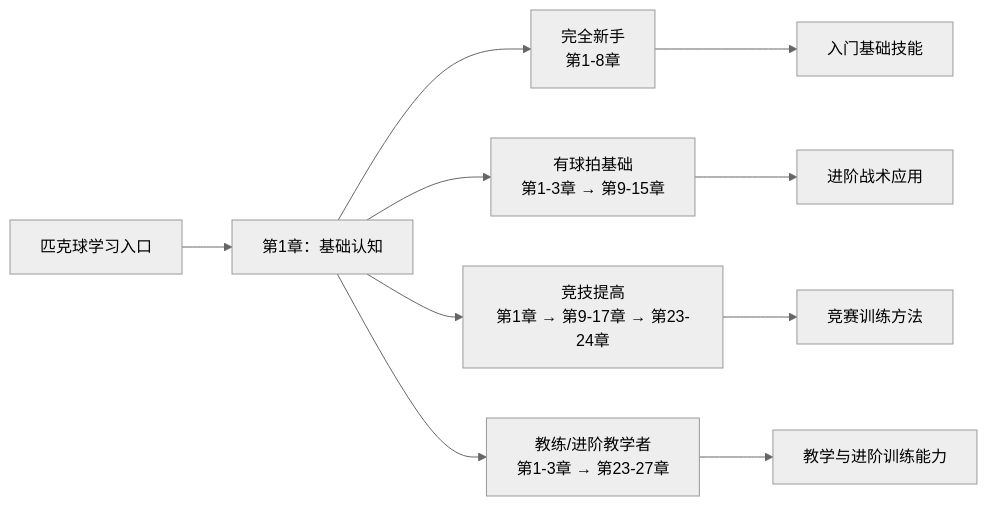
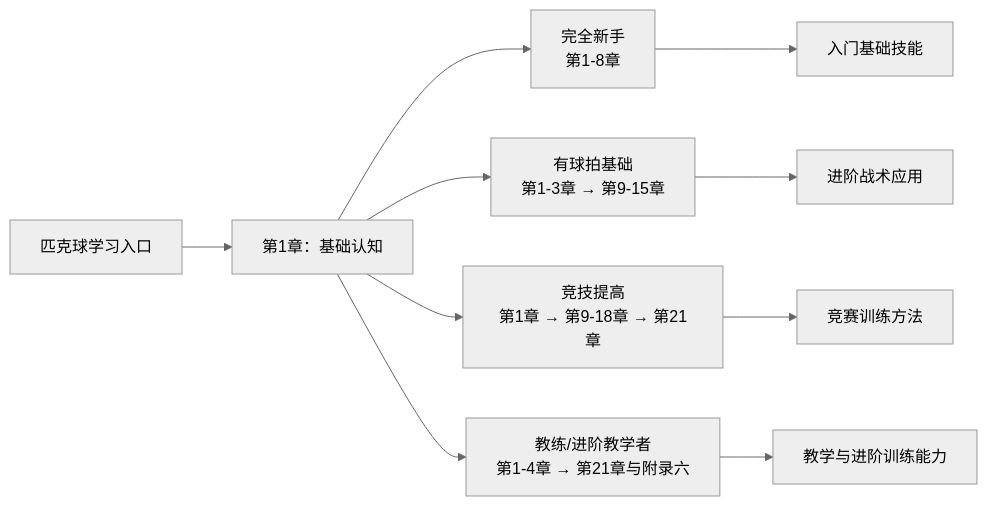
Before and after one commit to yeasy/learning_pickleball: the diagram in README.md, drawn with Mermaid (neutral theme). The commit also changed other lines of this file and 1 other file, not shown here.

Commit message:
Fix roadmap and FAQ wording

````diff
--- a/README.md
+++ b/README.md
@@ -71,14 +71,14 @@
 ```mermaid
 graph LR
     Start[匹克球学习入口] --> Ch1[第1章：基础认知]
 
     Ch1 --> Role1["完全新手<br/>第1-8章"]
     Ch1 --> Role2["有球拍基础<br/>第1-3章 → 第9-15章"]
-    Ch1 --> Role3["竞技提高<br/>第1章 → 第9-17章 → 第23-24章"]
-    Ch1 --> Role4["教练/进阶教学者<br/>第1-3章 → 第23-27章"]
+    Ch1 --> Role3["竞技提高<br/>第1章 → 第9-18章 → 第21章"]
+    Ch1 --> Role4["教练/进阶教学者<br/>第1-4章 → 第21章与附录六"]
 
     Role1 --> End1["入门基础技能"]
     Role2 --> End2["进阶战术应用"]
     Role3 --> End3["竞赛训练方法"]
     Role4 --> End4["教学与进阶训练能力"]
 ```
````
